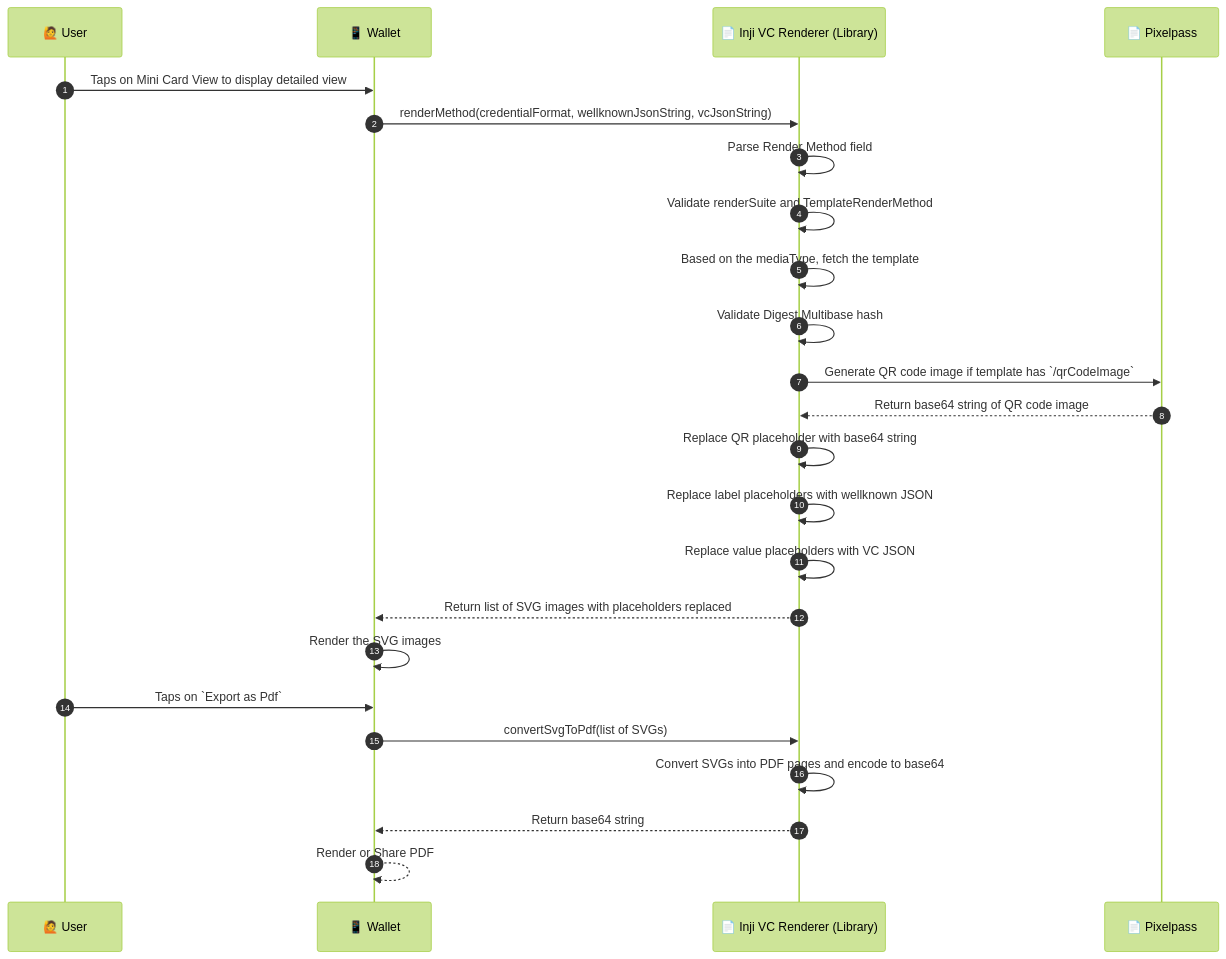
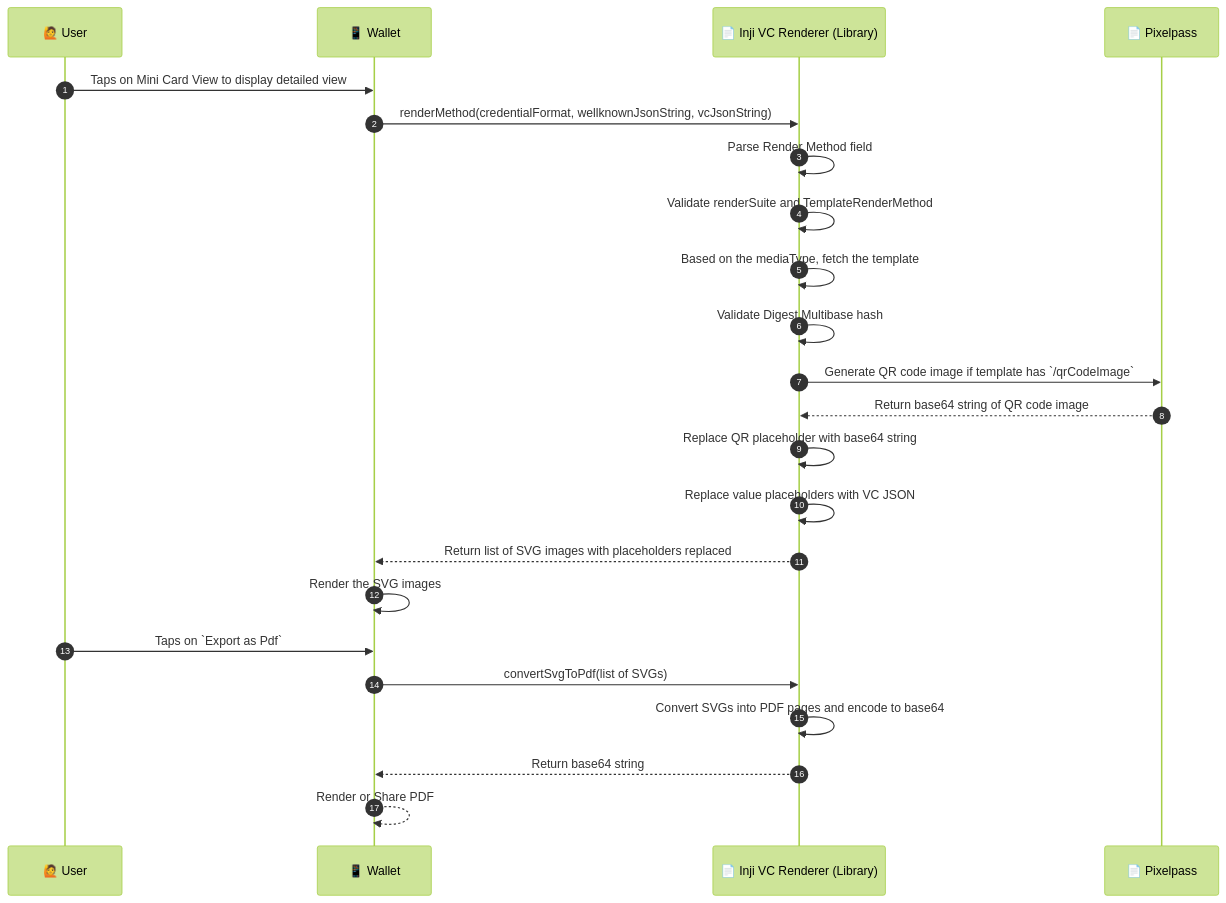
One commit to tw-mosip/inji-vc-renderer changed the diagram in kotlin/docs/inji-vc-renderer-flow.md. Above: the diagram before and after it, drawn with Mermaid (forest theme). The commit also changed other lines of this file and 6 other files, not shown here.

````diff
--- a/kotlin/docs/inji-vc-renderer-flow.md
+++ b/kotlin/docs/inji-vc-renderer-flow.md
@@ -13,33 +13,32 @@
 ```mermaid
 sequenceDiagram
     autonumber
   participant User as 🙋 User
   participant Wallet as  📱 Wallet
   participant Renderer_Lib as 📄 Inji VC Renderer (Library)
   participant Pixelpass as 📄 Pixelpass
 
     %% --- API: renderMethod ---
     User->>Wallet:Taps on Mini Card View to display detailed view
     Wallet->>Renderer_Lib: renderMethod(credentialFormat, wellknownJsonString, vcJsonString)
     Renderer_Lib ->> Renderer_Lib: Parse Render Method field
     Renderer_Lib ->> Renderer_Lib: Validate renderSuite and TemplateRenderMethod
     Renderer_Lib ->> Renderer_Lib: Based on the mediaType, fetch the template
     Renderer_Lib ->> Renderer_Lib: Validate Digest Multibase hash
 
     Renderer_Lib ->> Pixelpass: Generate QR code image if template has `/qrCodeImage`
     Pixelpass -->> Renderer_Lib: Return base64 string of QR code image
     Renderer_Lib ->> Renderer_Lib: Replace QR placeholder with base64 string
-    Renderer_Lib ->> Renderer_Lib: Replace label placeholders with wellknown JSON
     Renderer_Lib ->> Renderer_Lib: Replace value placeholders with VC JSON
 
 
     Renderer_Lib -->> Wallet: Return list of SVG images with placeholders replaced
     Wallet->>Wallet: Render the SVG images
 
     %% --- API: convertSvgToPdf ---
     User->>Wallet:Taps on `Export as Pdf`
     Wallet->>Renderer_Lib: convertSvgToPdf(list of SVGs)
     Renderer_Lib ->> Renderer_Lib: Convert SVGs into PDF pages and encode to base64
     Renderer_Lib -->> Wallet: Return base64 string
     Wallet -->> Wallet: Render or Share PDF
 ```
````
